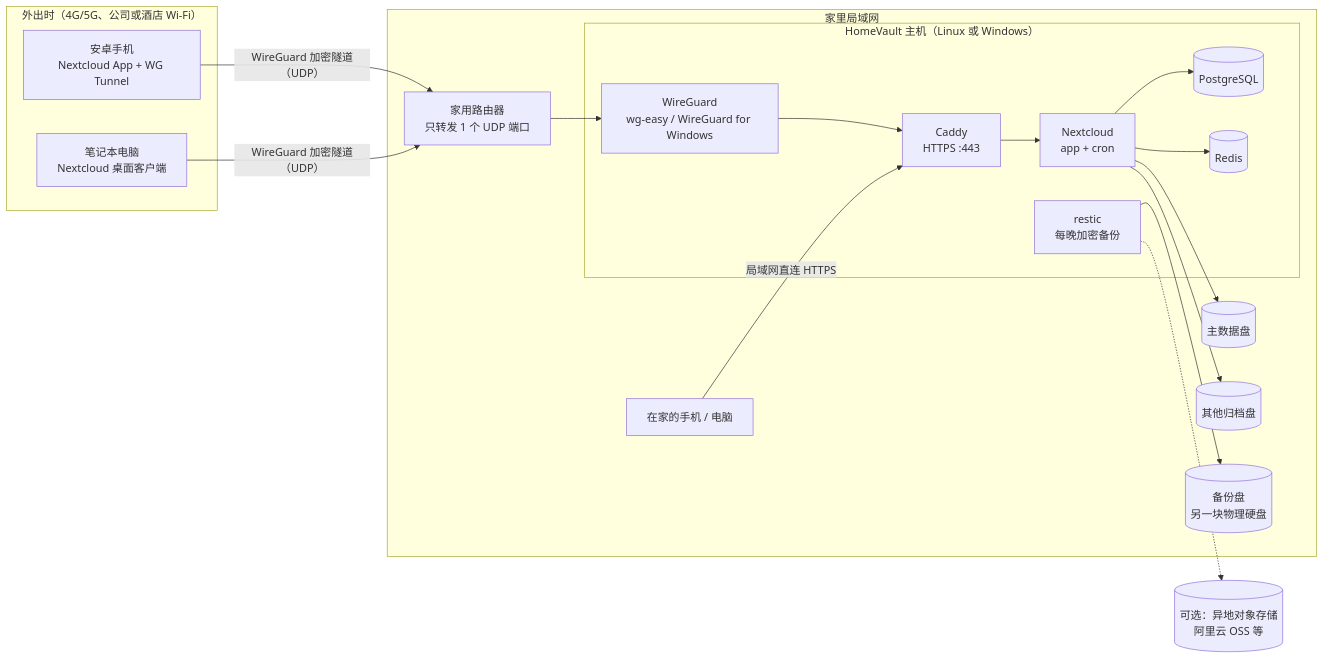
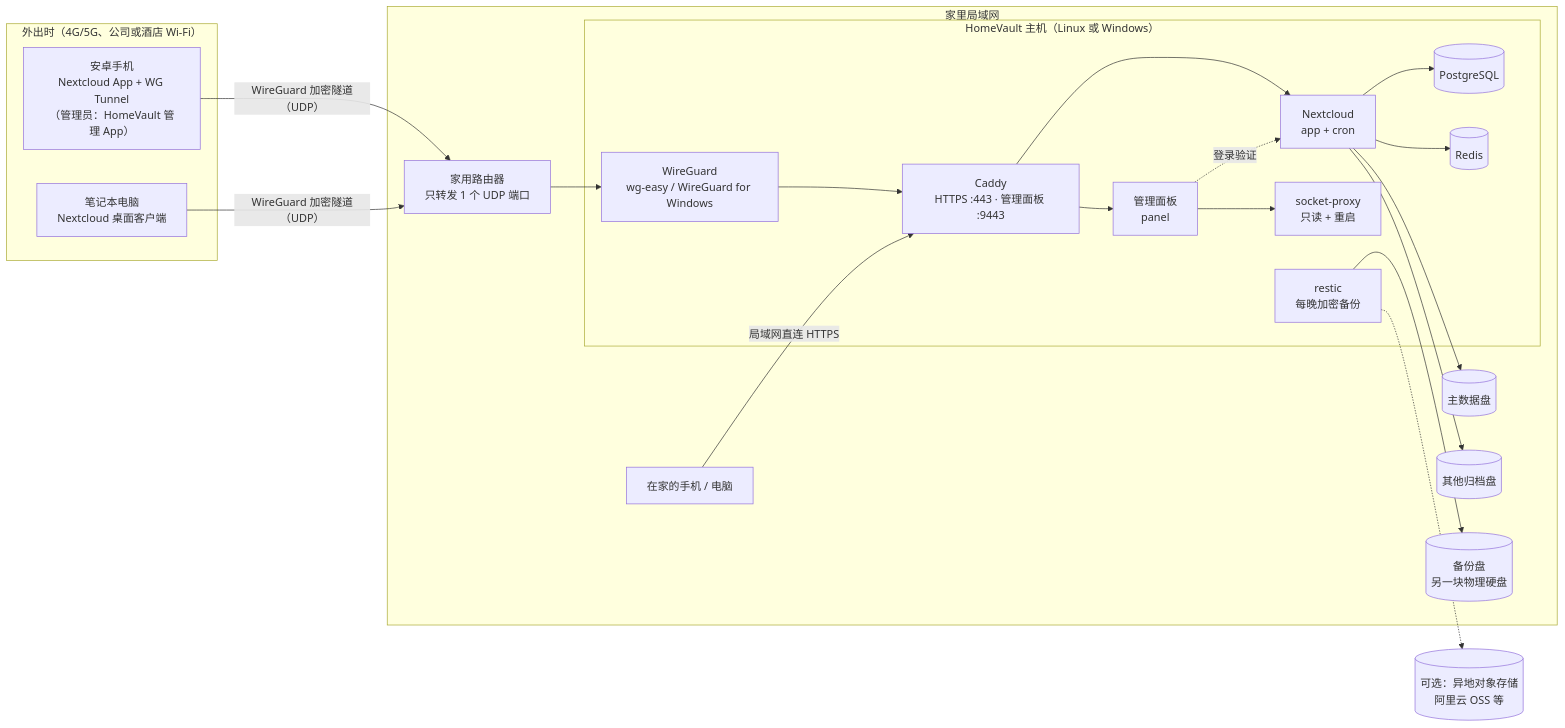
One commit to yuelanxian/- changed the diagram in README.md. Above: the diagram before and after it, drawn with Mermaid. The commit also changed other lines of this file and 87 other files, not shown here.

First line of the commit message:
WIP: docs for backup/restore, FAQ, panel and Android app

````diff
--- a/README.md
+++ b/README.md
@@ -32,34 +35,39 @@
 ```mermaid
 flowchart LR
   subgraph OUT["外出时（4G/5G、公司或酒店 Wi-Fi）"]
-    P1["安卓手机<br/>Nextcloud App + WG Tunnel"]
+    P1["安卓手机<br/>Nextcloud App + WG Tunnel<br/>（管理员：HomeVault 管理 App）"]
     L1["笔记本电脑<br/>Nextcloud 桌面客户端"]
   end
   subgraph HOME["家里局域网"]
     R["家用路由器<br/>只转发 1 个 UDP 端口"]
     P2["在家的手机 / 电脑"]
     subgraph PC["HomeVault 主机（Linux 或 Windows）"]
       WG["WireGuard<br/>wg-easy / WireGuard for Windows"]
-      C["Caddy<br/>HTTPS :443"]
+      C["Caddy<br/>HTTPS :443 · 管理面板 :9443"]
       NC["Nextcloud<br/>app + cron"]
+      PN["管理面板<br/>panel"]
+      SP["socket-proxy<br/>只读 + 重启"]
       DB[("PostgreSQL")]
       RD[("Redis")]
       BK["restic<br/>每晚加密备份"]
     end
     D1[("主数据盘")]
     D2[("其他归档盘")]
     D3[("备份盘<br/>另一块物理硬盘")]
   end
   S3[("可选：异地对象存储<br/>阿里云 OSS 等")]
   P1 -- "WireGuard 加密隧道（UDP）" --> R
   L1 -- "WireGuard 加密隧道（UDP）" --> R
   R --> WG --> C
   P2 -- "局域网直连 HTTPS" --> C
   C --> NC
+  C --> PN
+  PN --> SP
+  PN -. "登录验证" .-> NC
   NC --> DB
   NC --> RD
   NC --> D1
   NC --> D2
   BK --> D3
   BK -.-> S3
 ```
````
